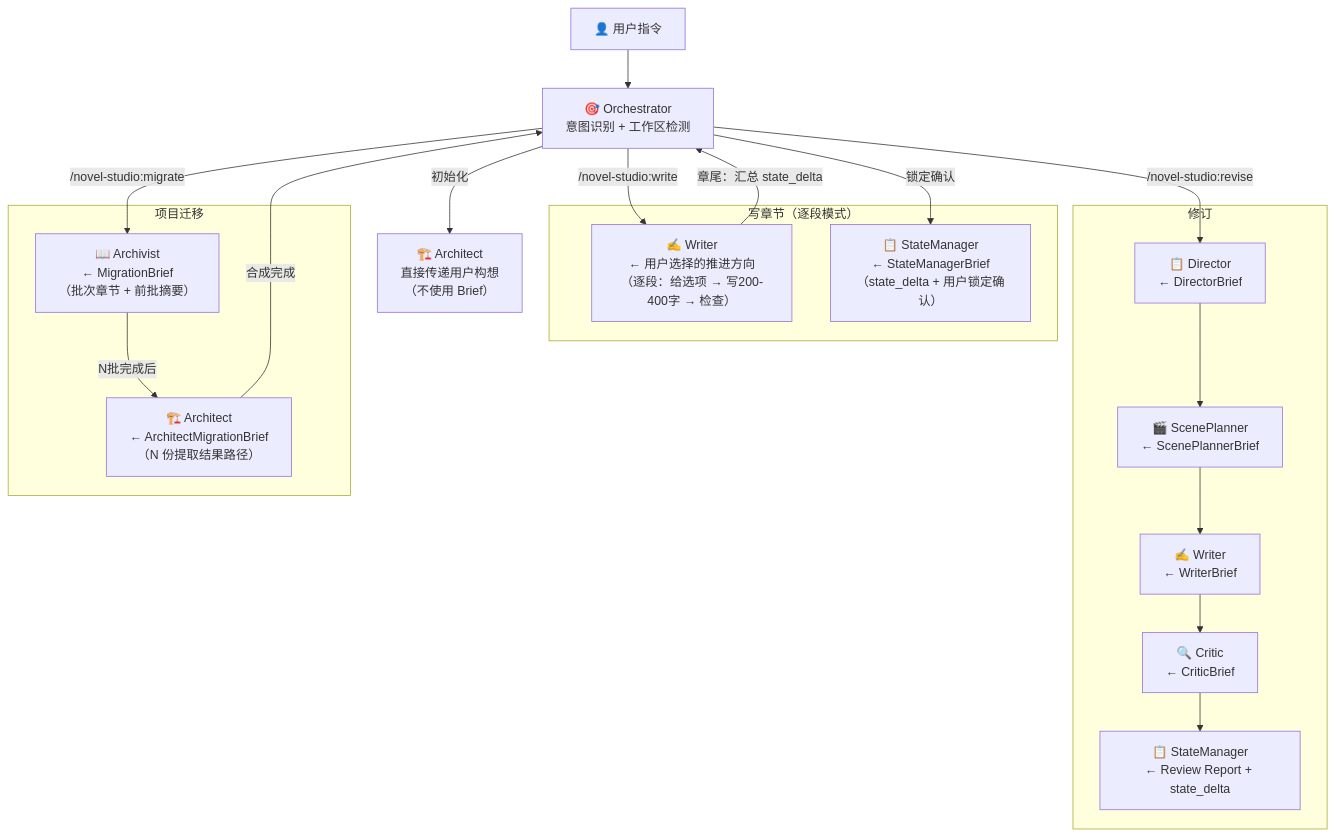
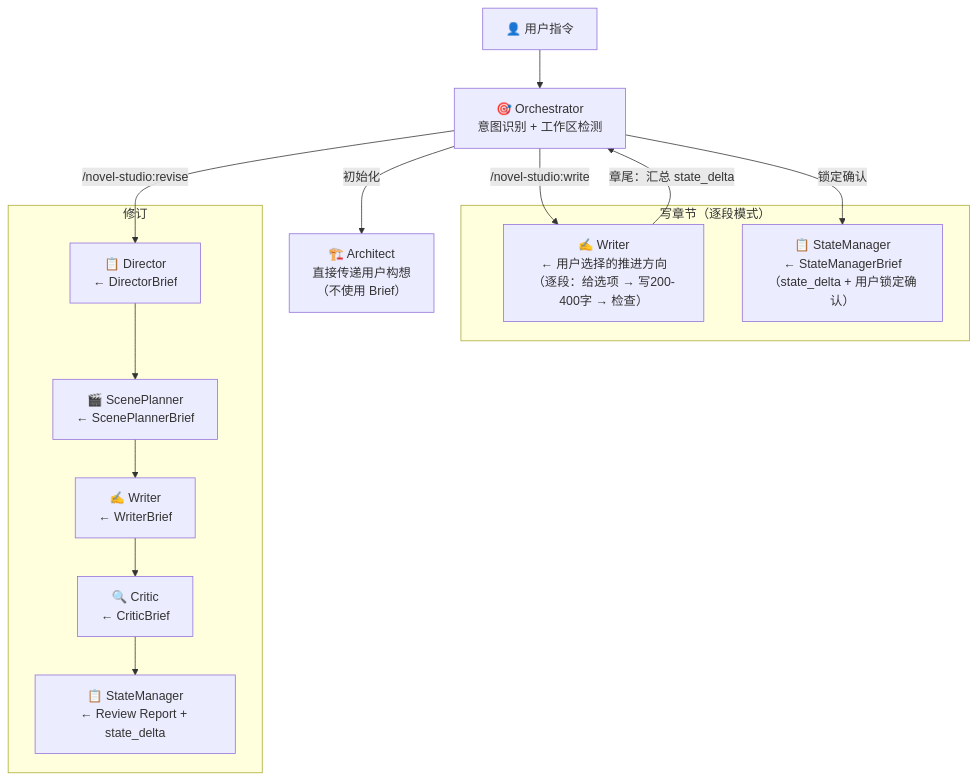
One commit to deathwhispers/novel-studio changed the diagram in runtime/handoff-schema.md. Above: the diagram before and after it, drawn with Mermaid. The commit also changed other lines of this file and 17 other files, not shown here.

````diff
--- a/runtime/handoff-schema.md
+++ b/runtime/handoff-schema.md
@@ -434,41 +372,32 @@
 ```mermaid
 flowchart TD
     User["👤 用户指令"]
     Orchestrator["🎯 Orchestrator<br/>意图识别 + 工作区检测"]
 
     User --> Orchestrator
 
     Orchestrator -->|"初始化"| Architect["🏗️ Architect<br/>直接传递用户构想<br/>（不使用 Brief）"]
 
     subgraph WriteFlow["写章节（逐段模式）"]
         Writer["✍️ Writer<br/>← 用户选择的推进方向<br/>（逐段：给选项 → 写200-400字 → 检查）"]
         StateManager["📋 StateManager<br/>← StateManagerBrief<br/>（state_delta + 用户锁定确认）"]
     end
 
     Orchestrator -->|"/novel-studio:write"| Writer
     Writer -->|"章尾：汇总 state_delta"| Orchestrator
     Orchestrator -->|"锁定确认"| StateManager
 
     subgraph ReviseFlow["修订"]
         DirectorR["📋 Director<br/>← DirectorBrief"]
         ScenePlannerR["🎬 ScenePlanner<br/>← ScenePlannerBrief"]
         WriterR["✍️ Writer<br/>← WriterBrief"]
         CriticR["🔍 Critic<br/>← CriticBrief"]
         StateManagerR["📋 StateManager<br/>← Review Report + state_delta"]
     end
 
     Orchestrator -->|"/novel-studio:revise"| DirectorR
     DirectorR --> ScenePlannerR
     ScenePlannerR --> WriterR
     WriterR --> CriticR
     CriticR --> StateManagerR
-
-    subgraph MigrateFlow["项目迁移"]
-        Archivist["📖 Archivist<br/>← MigrationBrief<br/>（批次章节 + 前批摘要）"]
-        ArchMigrate["🏗️ Architect<br/>← ArchitectMigrationBrief<br/>（N 份提取结果路径）"]
-    end
-
-    Orchestrator -->|"/novel-studio:migrate"| Archivist
-    Archivist -->|"N批完成后"| ArchMigrate
-    ArchMigrate -->|"合成完成"| Orchestrator
 ```
````
